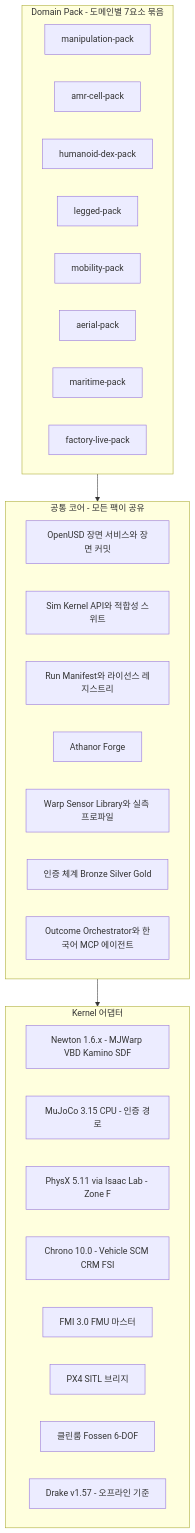
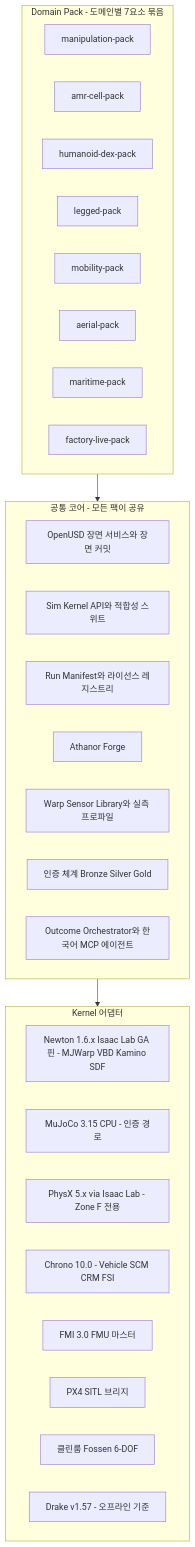
One commit to ouremployeeces-ship-it/AIResearch changed the first of 9 diagrams in docs/digital-twin-platform/08-domain-packs.md. Above: the diagram before and after it, drawn with Mermaid. The commit also changed other lines of this file and 14 other files, not shown here.

````diff
--- a/docs/digital-twin-platform/08-domain-packs.md
+++ b/docs/digital-twin-platform/08-domain-packs.md
@@ -122,34 +126,34 @@
 ```mermaid
 flowchart TB
     subgraph PACKS["Domain Pack - 도메인별 7요소 묶음"]
         PK1["manipulation-pack"]
         PK2["amr-cell-pack"]
         PK3["humanoid-dex-pack"]
         PK4["legged-pack"]
         PK5["mobility-pack"]
         PK6["aerial-pack"]
         PK7["maritime-pack"]
         PK8["factory-live-pack"]
     end
     subgraph CORE["공통 코어 - 모든 팩이 공유"]
         C1["OpenUSD 장면 서비스와 장면 커밋"]
         C2["Sim Kernel API와 적합성 스위트"]
         C3["Run Manifest와 라이선스 레지스트리"]
         C4["Athanor Forge"]
         C5["Warp Sensor Library와 실측 프로파일"]
         C6["인증 체계 Bronze Silver Gold"]
         C7["Outcome Orchestrator와 한국어 MCP 에이전트"]
     end
     subgraph ADP["Kernel 어댑터"]
-        A1["Newton 1.6.x - MJWarp VBD Kamino SDF"]
+        A1["Newton 1.6.x Isaac Lab GA 핀 - MJWarp VBD Kamino SDF"]
         A2["MuJoCo 3.15 CPU - 인증 경로"]
-        A3["PhysX 5.11 via Isaac Lab - Zone F"]
+        A3["PhysX 5.x via Isaac Lab - Zone F 전용"]
         A4["Chrono 10.0 - Vehicle SCM CRM FSI"]
         A5["FMI 3.0 FMU 마스터"]
         A6["PX4 SITL 브리지"]
         A7["클린룸 Fossen 6-DOF"]
         A8["Drake v1.57 - 오프라인 기준"]
     end
     PACKS --> CORE
     CORE --> ADP
 ```
````
